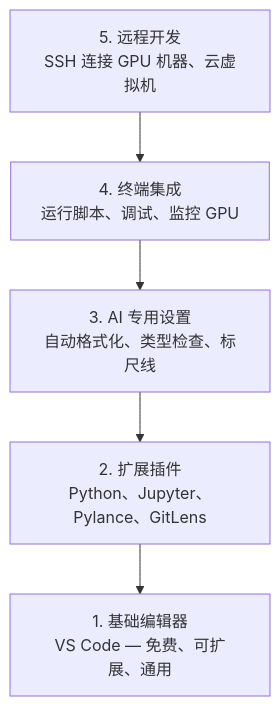
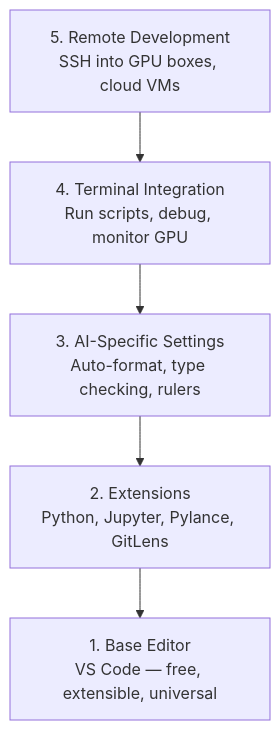
One commit to xiaojiaenen/ai-engineering-from-scratch-zh changed the diagram in i18n/zh/phases/00-setup-and-tooling/08-editor-setup/docs/zh.md. Above: the diagram before and after it, drawn with Mermaid. The commit also changed other lines of this file and 12 other files, not shown here.

````diff
--- a/i18n/zh/phases/00-setup-and-tooling/08-editor-setup/docs/zh.md
+++ b/i18n/zh/phases/00-setup-and-tooling/08-editor-setup/docs/zh.md
@@ -27,8 +27,8 @@
 ```mermaid
 graph TD
-    L5["5. 远程开发<br/>SSH 连接 GPU 机器、云虚拟机"] --> L4
-    L4["4. 终端集成<br/>运行脚本、调试、监控 GPU"] --> L3
-    L3["3. AI 专用设置<br/>自动格式化、类型检查、标尺线"] --> L2
-    L2["2. 扩展插件<br/>Python、Jupyter、Pylance、GitLens"] --> L1
-    L1["1. 基础编辑器<br/>VS Code — 免费、可扩展、通用"]
+    L5["5. Remote Development<br/>SSH into GPU boxes, cloud VMs"] --> L4
+    L4["4. Terminal Integration<br/>Run scripts, debug, monitor GPU"] --> L3
+    L3["3. AI-Specific Settings<br/>Auto-format, type checking, rulers"] --> L2
+    L2["2. Extensions<br/>Python, Jupyter, Pylance, GitLens"] --> L1
+    L1["1. Base Editor<br/>VS Code — free, extensible, universal"]
 ```
````
